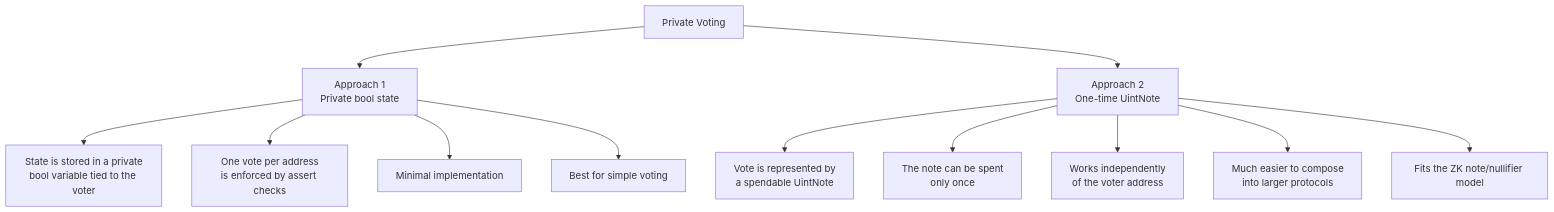
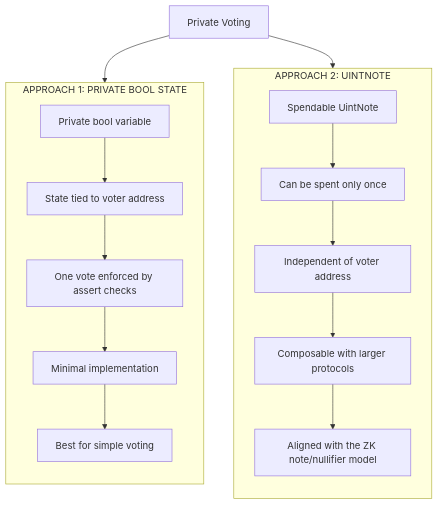
Before and after one commit to no-hive/aztec_simple_voting: the diagram in README.md, drawn with Mermaid.

````diff
--- a/README.md
+++ b/README.md
@@ -6,20 +6,30 @@
 ```mermaid
 flowchart TB
+
     A["Private Voting"]
 
-    A --> B["Approach 1<br/>Private bool state"]
-    A --> C["Approach 2<br/>One-time UintNote"]
+    A --> L
+    A --> R
 
-    %% Left
-    B --> B1["State is stored in a private<br/>bool variable tied to the voter"]
-    B --> B2["One vote per address<br/>is enforced by assert checks"]
-    B --> B3["Minimal implementation"]
-    B --> B4["Best for simple voting"]
+    subgraph L["APPROACH 1: PRIVATE BOOL STATE"]
+        direction TB
+        L1["Private bool variable"]
+        L2["State tied to voter address"]
+        L3["One vote enforced by assert checks"]
+        L4["Minimal implementation"]
+        L5["Best for simple voting"]
 
-    %% Right
-    C --> C1["Vote is represented by<br/>a spendable UintNote"]
-    C --> C2["The note can be spent<br/>only once"]
-    C --> C3["Works independently<br/>of the voter address"]
-    C --> C4["Much easier to compose<br/>into larger protocols"]
-    C --> C5["Fits the ZK note/nullifier model"]
+        L1 --> L2 --> L3 --> L4 --> L5
+    end
+
+    subgraph R["APPROACH 2: UINTNOTE"]
+        direction TB
+        R1["Spendable UintNote"]
+        R2["Can be spent only once"]
+        R3["Independent of voter address"]
+        R4["Composable with larger protocols"]
+        R5["Aligned with the ZK note/nullifier model"]
+
+        R1 --> R2 --> R3 --> R4 --> R5
+    end
 ```
````
